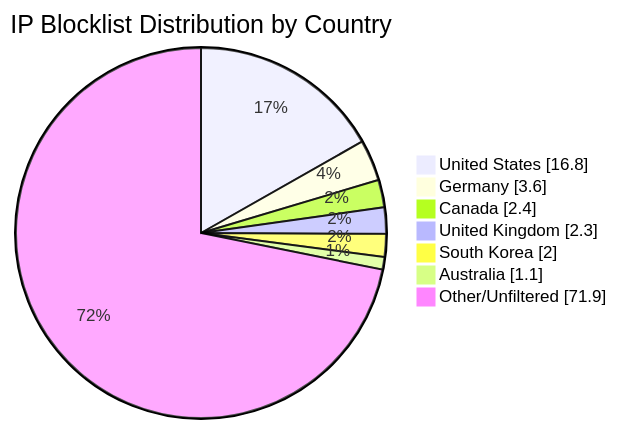
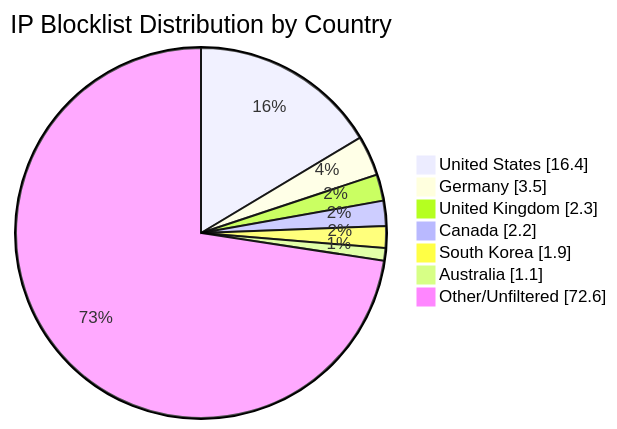
Before and after one commit to MarcusHoltz/ipblocklist-geofiltered-aggregator: the diagram in README.md, drawn with Mermaid. The commit also changed other lines of this file and 9 other files, not shown here.

````diff
--- a/README.md
+++ b/README.md
@@ -34,10 +34,10 @@
 ```mermaid
 pie showData title IP Blocklist Distribution by Country
-"United States" : 16.8
-"Germany" : 3.6
-"Canada" : 2.4
+"United States" : 16.4
+"Germany" : 3.5
 "United Kingdom" : 2.3
-"South Korea" : 2.0
+"Canada" : 2.2
+"South Korea" : 1.9
 "Australia" : 1.1
-"Other/Unfiltered" : 71.9
+"Other/Unfiltered" : 72.6
 ```
````
